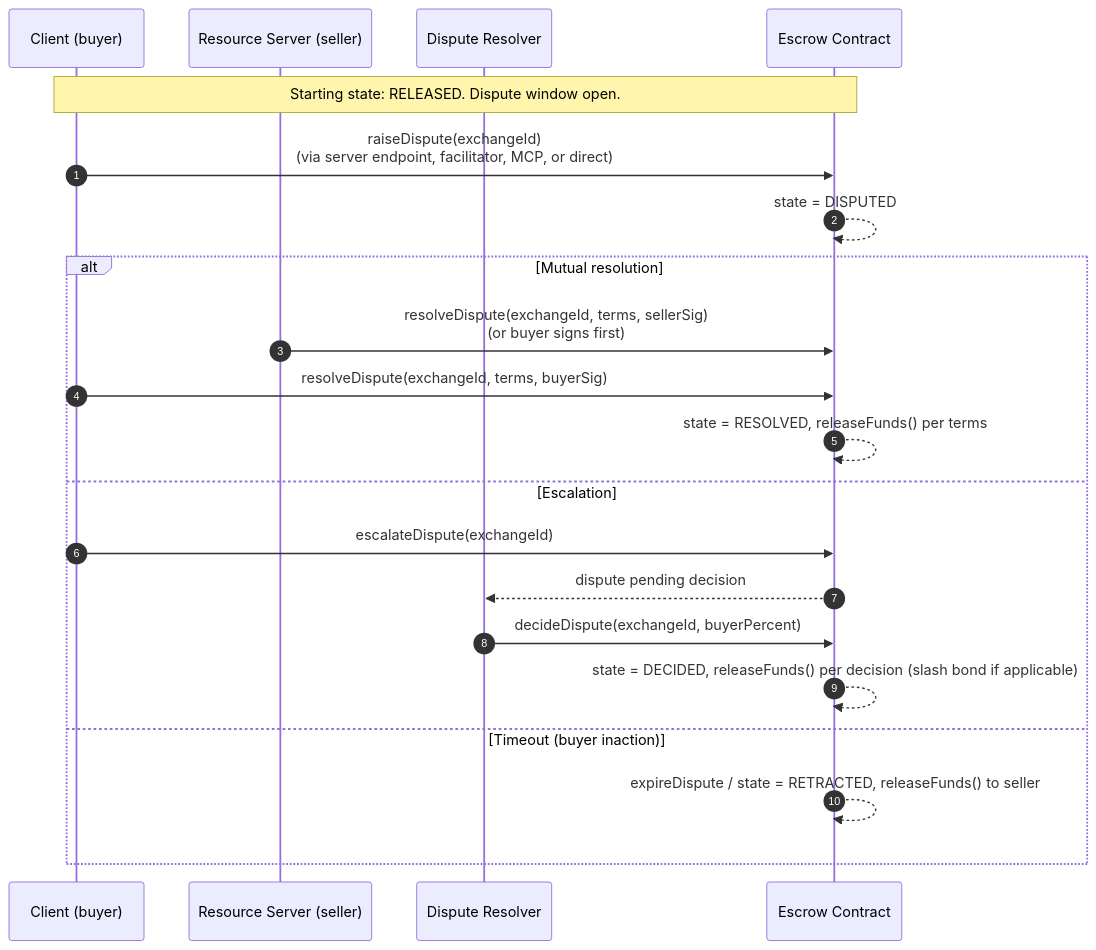
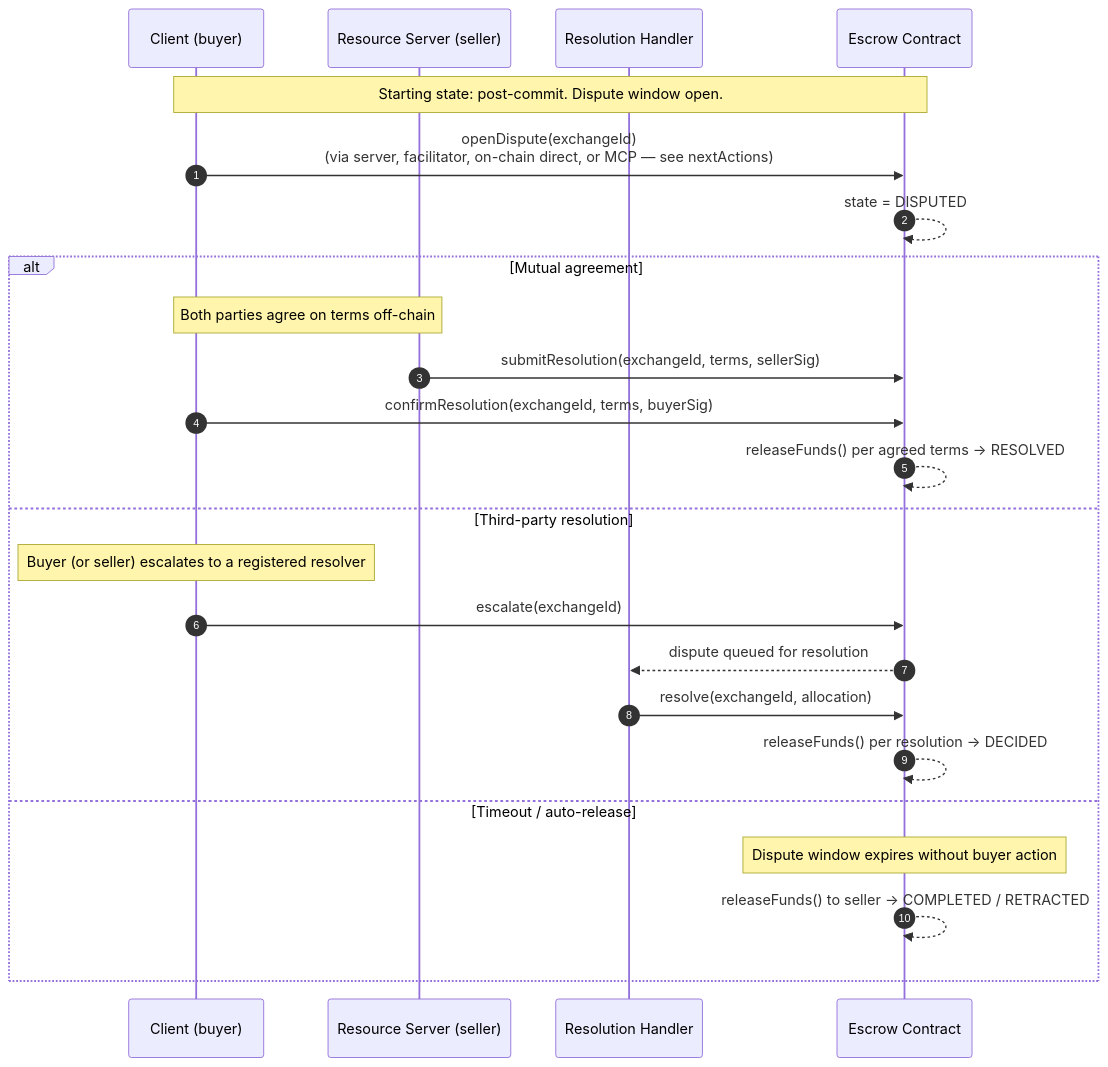
The second of 3 diagrams in 02-flows.md (bosonprotocol/x402-escrow-schema), drawn with Mermaid before and after one commit. The commit also changed other lines of this file and 1 other file, not shown here.

Commit message:
generalize flows and state machines

````diff
--- a/02-flows.md
+++ b/02-flows.md
@@ -109,26 +55,29 @@
 ```mermaid
 sequenceDiagram
     autonumber
     participant C as Client (buyer)
     participant Sv as Resource Server (seller)
-    participant DR as Dispute Resolver
+    participant R as Resolution Handler
     participant E as Escrow Contract
 
-    Note over C,E: Starting state: RELEASED. Dispute window open.
+    Note over C,E: Starting state: post-commit. Dispute window open.
 
-    C->>E: raiseDispute(exchangeId)<br/>(via server endpoint, facilitator, MCP, or direct)
+    C->>E: openDispute(exchangeId)<br/>(via server, facilitator, on-chain direct, or MCP — see nextActions)
     E-->>E: state = DISPUTED
 
-    alt Mutual resolution
-        Sv->>E: resolveDispute(exchangeId, terms, sellerSig)<br/>(or buyer signs first)
-        C->>E: resolveDispute(exchangeId, terms, buyerSig)
-        E-->>E: state = RESOLVED, releaseFunds() per terms
-    else Escalation
-        C->>E: escalateDispute(exchangeId)
-        E-->>DR: dispute pending decision
-        DR->>E: decideDispute(exchangeId, buyerPercent)
-        E-->>E: state = DECIDED, releaseFunds() per decision (slash bond if applicable)
-    else Timeout (buyer inaction)
-        E-->>E: expireDispute / state = RETRACTED, releaseFunds() to seller
+    alt Mutual agreement
+        Note over C,Sv: Both parties agree on terms off-chain
+        Sv->>E: submitResolution(exchangeId, terms, sellerSig)
+        C->>E: confirmResolution(exchangeId, terms, buyerSig)
+        E-->>E: releaseFunds() per agreed terms → RESOLVED
+    else Third-party resolution
+        Note over C: Buyer (or seller) escalates to a registered resolver
+        C->>E: escalate(exchangeId)
+        E-->>R: dispute queued for resolution
+        R->>E: resolve(exchangeId, allocation)
+        E-->>E: releaseFunds() per resolution → DECIDED
+    else Timeout / auto-release
+        Note over E: Dispute window expires without buyer action
+        E-->>E: releaseFunds() to seller → COMPLETED / RETRACTED
     end
 ```
````
